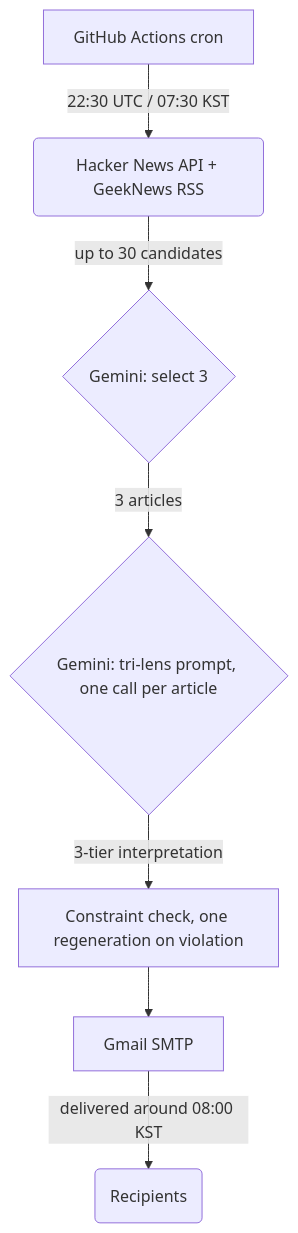
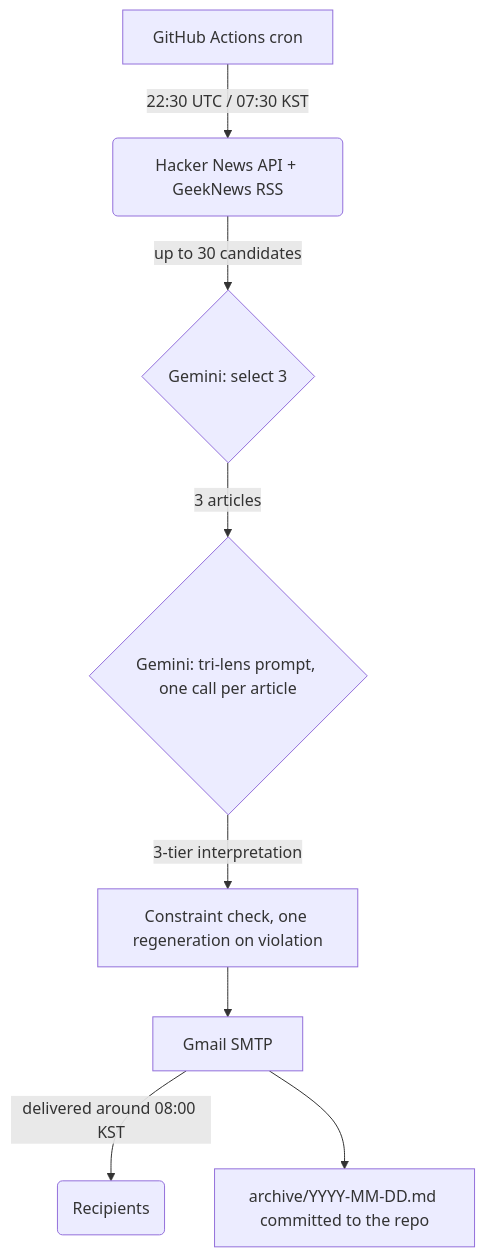
One commit to liminal-cipher/tri-lens-news changed the diagram in README.md. Above: the diagram before and after it, drawn with Mermaid. The commit also changed other lines of this file and 1 other file, not shown here.

First line of the commit message:
docs: record the archive and what it costs

````diff
--- a/README.md
+++ b/README.md
@@ -28,9 +28,10 @@
 ```mermaid
 graph TD
     A[GitHub Actions cron] -->|22:30 UTC / 07:30 KST| B(Hacker News API + GeekNews RSS)
     B -->|up to 30 candidates| C{Gemini: select 3}
     C -->|3 articles| D{Gemini: tri-lens prompt, one call per article}
     D -->|3-tier interpretation| V[Constraint check, one regeneration on violation]
     V --> E[Gmail SMTP]
     E -->|delivered around 08:00 KST| F(Recipients)
+    E --> G[archive/YYYY-MM-DD.md committed to the repo]
 ```
````
